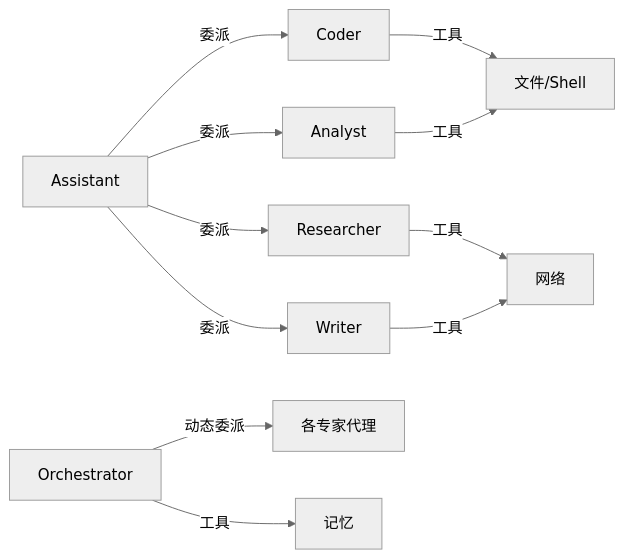
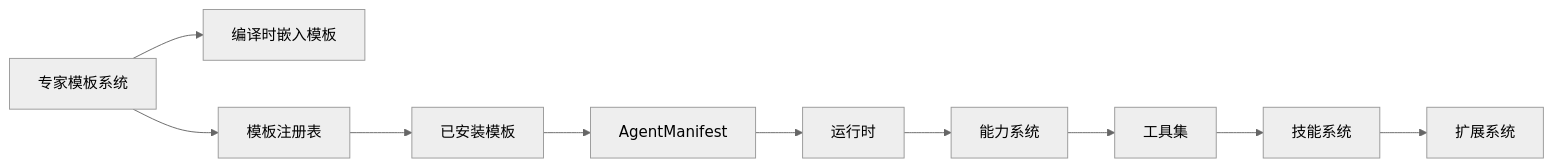
Before and after one commit to hexiaowen-bot/openfang: the fourth of 4 diagrams in .qoder/repowiki/zh/content/智能体开发/预构建智能体模板/预构建智能体模板.md, drawn with Mermaid (neutral theme). The commit also changed other lines of this file and 65 other files, not shown here.

````diff
--- a/.qoder/repowiki/zh/content/智能体开发/预构建智能体模板/预构建智能体模板.md
+++ b/.qoder/repowiki/zh/content/智能体开发/预构建智能体模板/预构建智能体模板.md
@@ -236,13 +438,12 @@
 ```mermaid
 graph LR
-ASSIST["Assistant"] --> |委派| CODER["Coder"]
-ASSIST --> |委派| RES["Researcher"]
-ASSIST --> |委派| ANA["Analyst"]
-ASSIST --> |委派| WR["Writer"]
-ORCH["Orchestrator"] --> |动态委派| SPEC["各专家代理"]
-RES --> |工具| NET["网络"]
-CODER --> |工具| FS["文件/Shell"]
-ANA --> |工具| FS
-WR --> |工具| NET
-ORCH --> |工具| MEM["记忆"]
+SUB["专家模板系统"] --> BUNDLED["编译时嵌入模板"]
+SUB --> REGISTRY["模板注册表"]
+REGISTRY --> INSTALLED["已安装模板"]
+INSTALLED --> MANIFEST["AgentManifest"]
+MANIFEST --> RUNTIME["运行时"]
+RUNTIME --> CAPABILITIES["能力系统"]
+CAPABILITIES --> TOOLS["工具集"]
+TOOLS --> SKILLS["技能系统"]
+SKILLS --> EXTENSIONS["扩展系统"]
 ```
````
